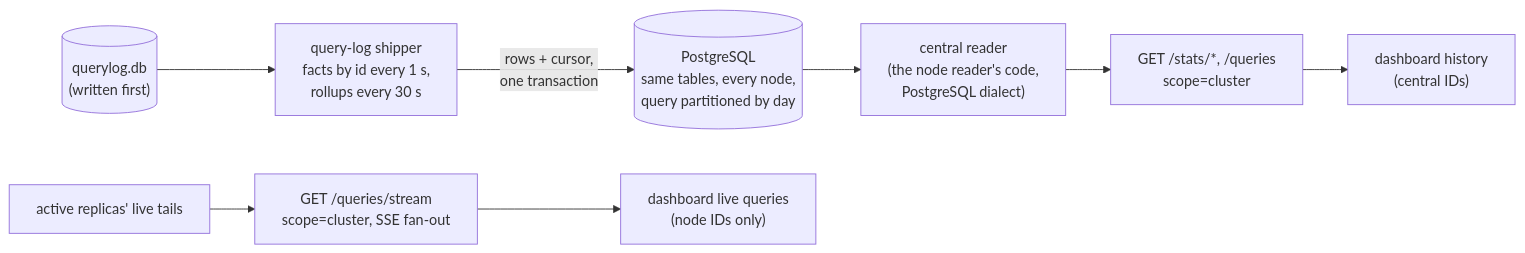
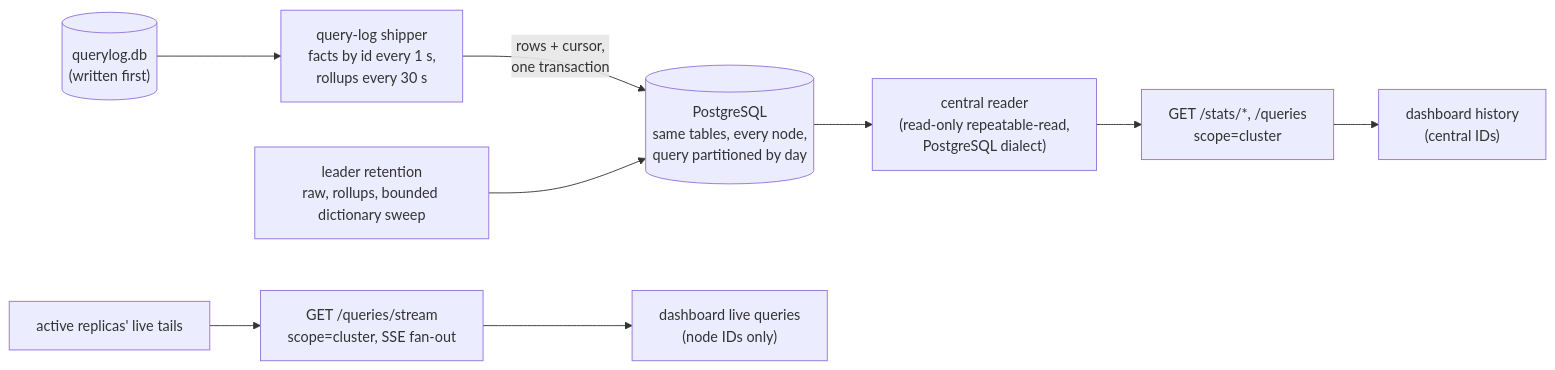
The second of 4 diagrams in docs/architecture/observability.md (robertherbaugh/kudurru), drawn with Mermaid before and after one commit. The commit also changed other lines of this file and 1 other file, not shown here.

Commit message:
docs(central): explain dictionary retention and upgrade limits

````diff
--- a/docs/architecture/observability.md
+++ b/docs/architecture/observability.md
@@ -149,10 +149,11 @@
 ```mermaid
 flowchart LR
     QL[("querylog.db<br/>(written first)")] --> SH["query-log shipper<br/>facts by id every 1 s,<br/>rollups every 30 s"]
     SH -- "rows + cursor,<br/>one transaction" --> PG[("PostgreSQL<br/>same tables, every node,<br/>query partitioned by day")]
-    PG --> CR["central reader<br/>(the node reader's code,<br/>PostgreSQL dialect)"]
+    JAN["leader retention<br/>raw, rollups, bounded dictionary sweep"] --> PG
+    PG --> CR["central reader<br/>(read-only repeatable-read,<br/>PostgreSQL dialect)"]
     CR --> API["GET /stats/*, /queries<br/>scope=cluster"]
     API --> HISTORY["dashboard history<br/>(central IDs)"]
     TAIL["active replicas' live tails"] --> STREAM["GET /queries/stream<br/>scope=cluster, SSE fan-out"]
     STREAM --> LIVE["dashboard live queries<br/>(node IDs only)"]
 ```
````
